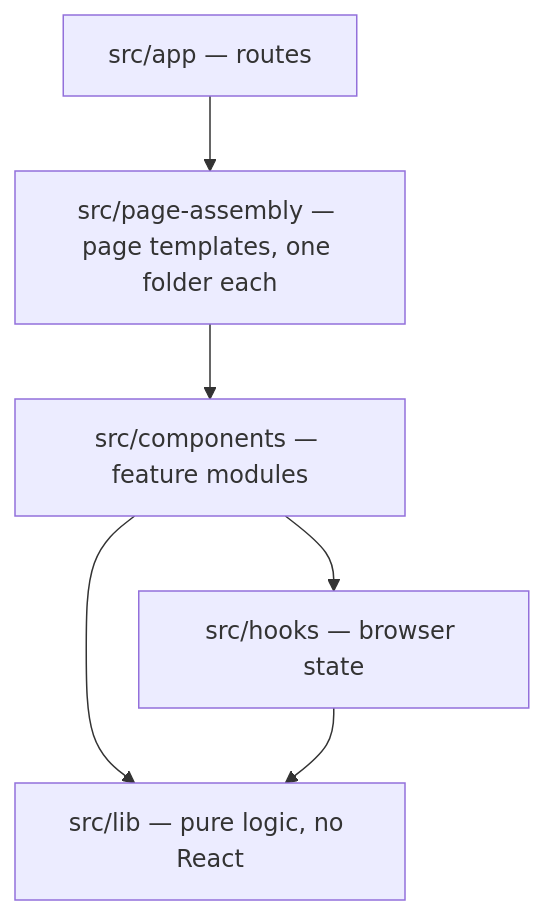
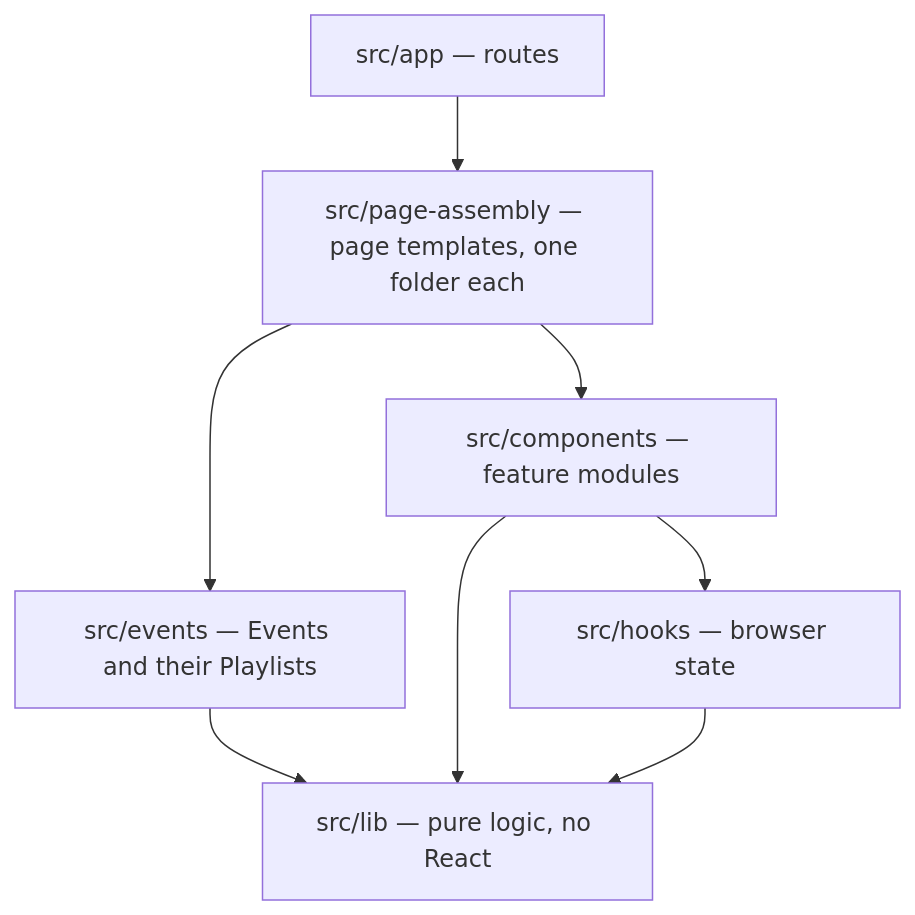
Before and after one commit to hancrafted/content-library: the first of 5 diagrams in .archgate/adrs/FE-004-slide-architecture.md, drawn with Mermaid. The commit also changed 36 other files, not shown here.

````diff
--- a/.archgate/adrs/FE-004-slide-architecture.md
+++ b/.archgate/adrs/FE-004-slide-architecture.md
@@ -22,8 +22,10 @@
 ```mermaid
 flowchart TD
   app["src/app — routes"] --> pages["src/page-assembly — page templates, one folder each"]
   pages --> comp["src/components — feature modules"]
+  pages --> events["src/events — Events and their Playlists"]
+  events --> lib
   comp --> hooks["src/hooks — browser state"]
   comp --> lib["src/lib — pure logic, no React"]
   hooks --> lib
 ```
````
